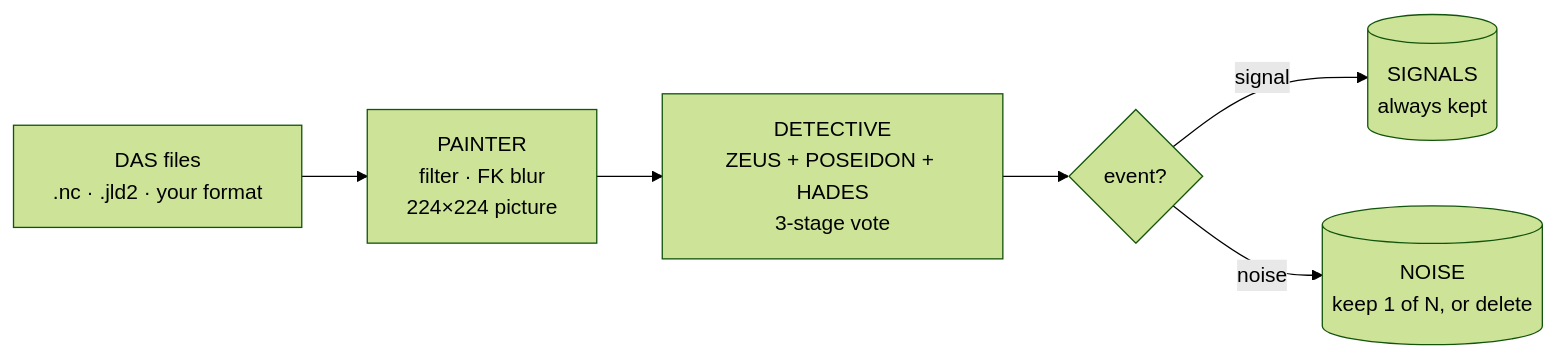
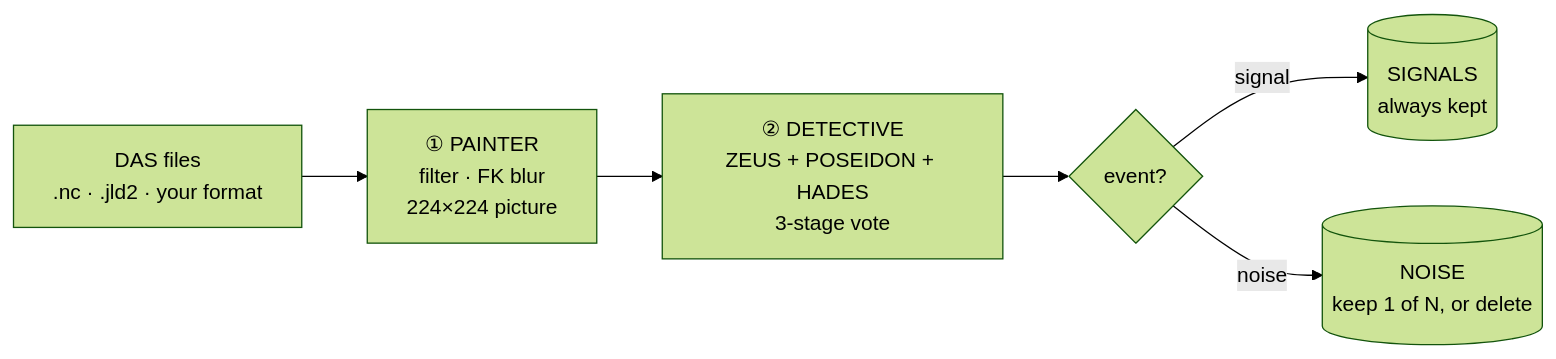
Before and after one commit to marianoarnaiz/DASight.jl: the diagram in README.md, drawn with Mermaid (forest theme). The commit also changed other lines of this file and 23 other files, not shown here.

````diff
--- a/README.md
+++ b/README.md
@@ -44,8 +44,8 @@
 ```mermaid
 flowchart LR
-    A["DAS files<br/>.nc · .jld2 · your format"] --> B["PAINTER<br/>filter · FK blur<br/>224×224 picture"]
-    B --> C["DETECTIVE<br/>ZEUS + POSEIDON + HADES<br/>3-stage vote"]
+    A["DAS files<br/>.nc · .jld2 · your format"] --> B["① PAINTER<br/>filter · FK blur<br/>224×224 picture"]
+    B --> C["② DETECTIVE<br/>ZEUS + POSEIDON + HADES<br/>3-stage vote"]
     C --> D{event?}
     D -- signal --> E[("SIGNALS<br/>always kept")]
     D -- noise --> F[("NOISE<br/>keep 1 of N, or delete")]
 ```
````
